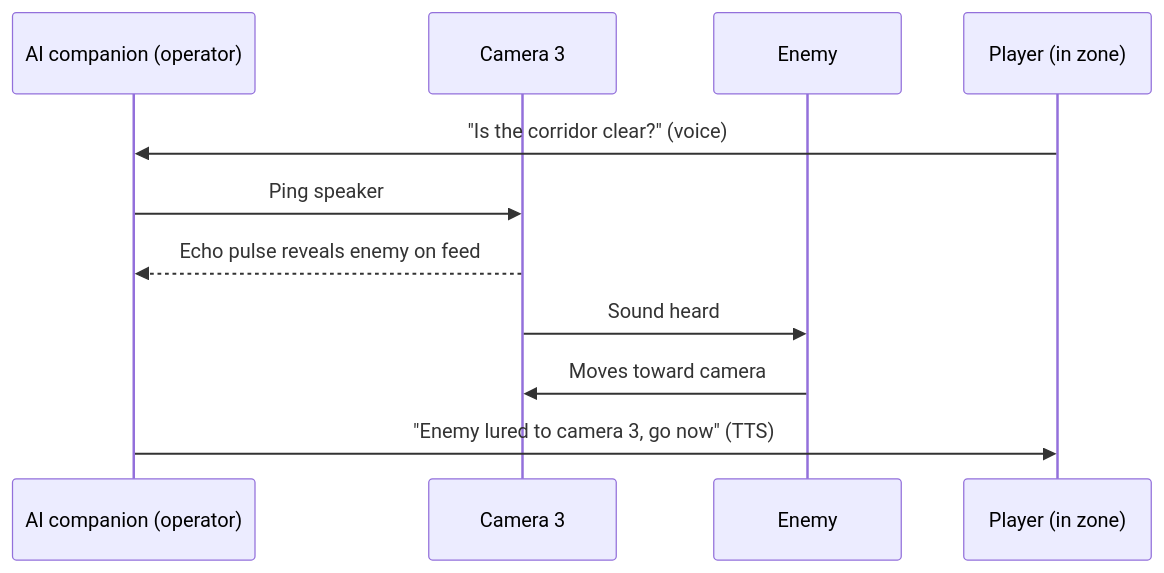
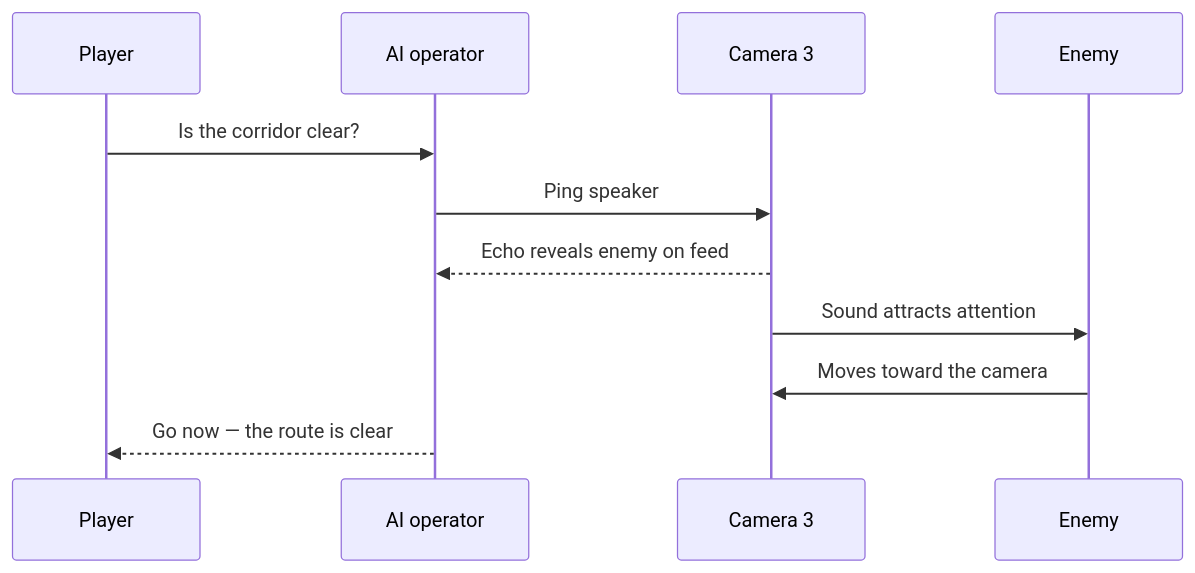
The second of 3 diagrams in README.md (VarikSoft/echosound), drawn with Mermaid before and after one commit. The commit also changed other lines of this file and 219 other files, not shown here.

````diff
--- a/README.md
+++ b/README.md
@@ -89,13 +67,16 @@
 ```mermaid
 sequenceDiagram
-    participant AI as AI companion (operator)
+    accTitle: A camera ping opens a route
+    accDescr: The player asks the AI operator to check a corridor. A camera ping reveals and attracts an enemy, giving the player a chance to move.
+    participant Player as Player
+    participant AI as AI operator
     participant Cam as Camera 3
-    participant En as Enemy
-    participant P as Player (in zone)
-    P->>AI: "Is the corridor clear?" (voice)
+    participant Enemy as Enemy
+
+    Player->>AI: Is the corridor clear?
     AI->>Cam: Ping speaker
-    Cam-->>AI: Echo pulse reveals enemy on feed
-    Cam->>En: Sound heard
-    En->>Cam: Moves toward camera
-    AI->>P: "Enemy lured to camera 3, go now" (TTS)
+    Cam-->>AI: Echo reveals enemy on feed
+    Cam->>Enemy: Sound attracts attention
+    Enemy->>Cam: Moves toward the camera
+    AI-->>Player: Go now — the route is clear
 ```
````
